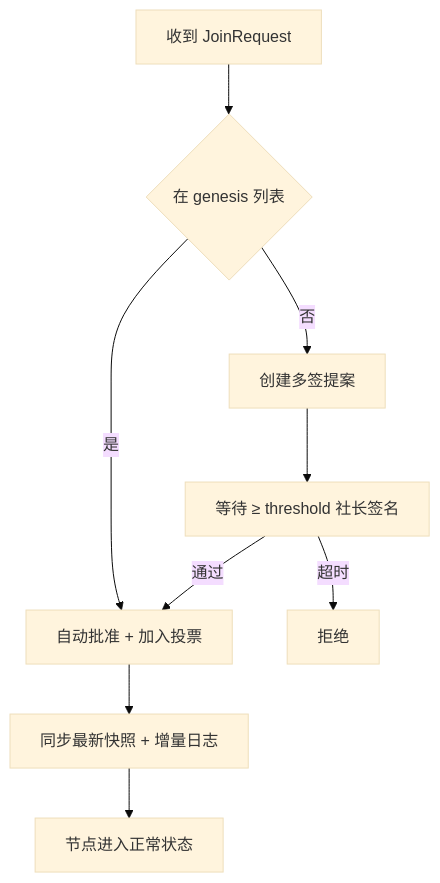
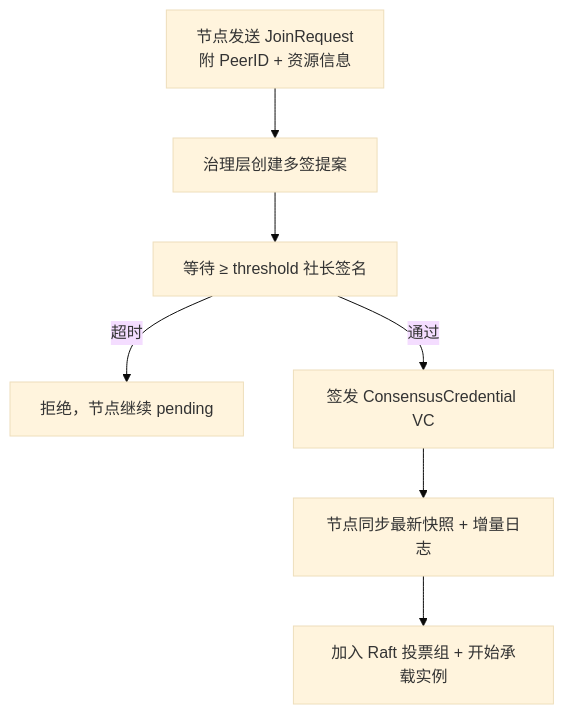
The second of 2 diagrams in pages/components/server/bootstrap.md (JLUCraft/docs), drawn with Mermaid (base theme) before and after one commit. The commit also changed other lines of this file and 12 other files, not shown here.

````diff
--- a/pages/components/server/bootstrap.md
+++ b/pages/components/server/bootstrap.md
@@ -88,11 +110,9 @@
 ```mermaid
 flowchart TB
-  R[收到 JoinRequest] --> G{在 genesis 列表}
-  G -- 是 --> A[自动批准 + 加入投票]
-  G -- 否 --> P[创建多签提案]
+  R[节点发送 JoinRequest<br/>附 PeerID + 资源信息] --> P[治理层创建多签提案]
   P --> S[等待 ≥ threshold 社长签名]
-  S -->|超时| X[拒绝]
-  S -->|通过| A
-  A --> L[同步最新快照 + 增量日志]
-  L --> O[节点进入正常状态]
+  S -->|超时| X[拒绝，节点继续 pending]
+  S -->|通过| V[签发 ConsensusCredential VC]
+  V --> L[节点同步最新快照 + 增量日志]
+  L --> O[加入 Raft 投票组 + 开始承载实例]
 ```
````
